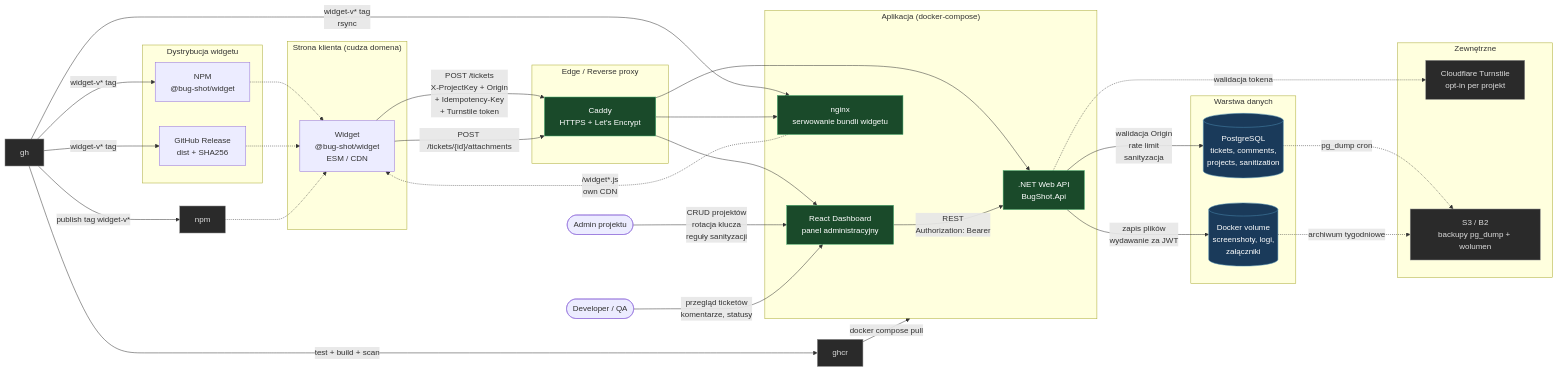
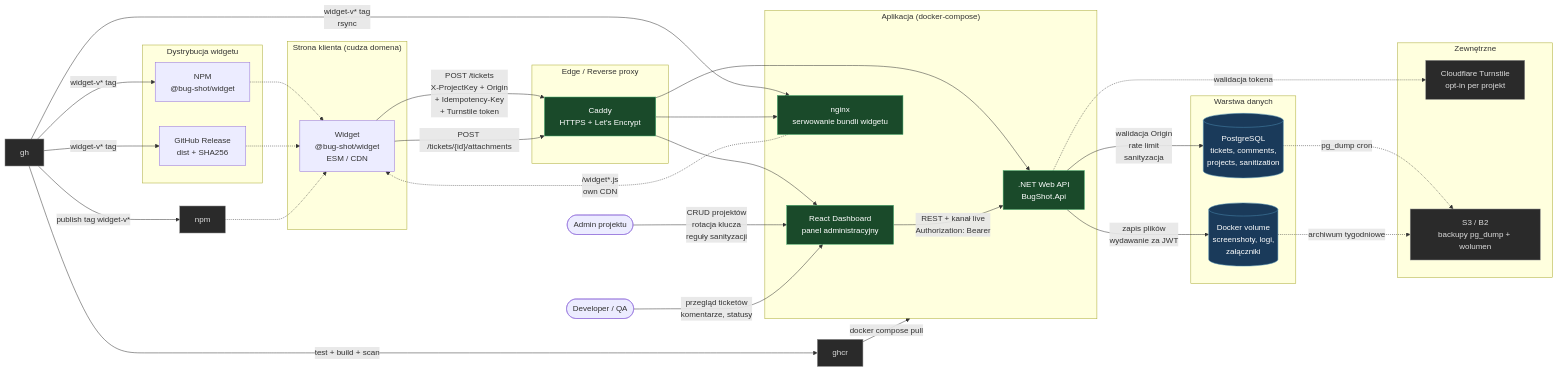
One commit to MarshallBjorn/bug-shot changed the diagram in README.md. Above: the diagram before and after it, drawn with Mermaid. The commit also changed other lines of this file and 2 other files, not shown here.

Commit message:
docs: describe cursor pagination and the live channel

````diff
--- a/README.md
+++ b/README.md
@@ -82,70 +84,70 @@
 ```mermaid
 flowchart LR
     subgraph client["Strona klienta (cudza domena)"]
         widget["Widget<br/>@bug-shot/widget<br/>ESM / CDN"]
     end
 
     subgraph edge["Edge / Reverse proxy"]
         caddy["Caddy<br/>HTTPS + Let's Encrypt"]
     end
 
     subgraph app["Aplikacja (docker-compose)"]
         api[".NET Web API<br/>BugShot.Api"]
         dashboard["React Dashboard<br/>panel administracyjny"]
         nginx["nginx<br/>serwowanie bundli widgetu"]
     end
 
     subgraph data["Warstwa danych"]
         pg[("PostgreSQL<br/>tickets, comments,<br/>projects, sanitization")]
         vol[("Docker volume<br/>screenshoty, logi,<br/>załączniki")]
     end
 
     subgraph external["Zewnętrzne"]
         turnstile["Cloudflare Turnstile<br/>opt-in per projekt"]
         s3["S3 / B2<br/>backupy pg_dump + wolumen"]
     end
 
     subgraph dist["Dystrybucja widgetu"]
         npm2["NPM<br/>@bug-shot/widget"]
         ghrel["GitHub Release<br/>dist + SHA256"]
     end
     
     nginx -. "/widget*.js<br/>own CDN" .-> widget
     npm2 -.-> widget
     ghrel -.-> widget
     gh -- "widget-v* tag" --> npm2
     gh -- "widget-v* tag" --> ghrel
     gh -- "widget-v* tag<br/>rsync" --> nginx
 
     dev(["Developer / QA"])
     admin(["Admin projektu"])
 
     widget -- "POST /tickets<br/>X-ProjectKey + Origin<br/>+ Idempotency-Key<br/>+ Turnstile token" --> caddy
     widget -- "POST /tickets/{id}/attachments" --> caddy
     caddy --> api
     caddy --> dashboard
     caddy --> nginx
 
     api -- "walidacja Origin<br/>rate limit<br/>sanityzacja" --> pg
     api -- "zapis plików<br/>wydawanie za JWT" --> vol
     api -. "walidacja tokena" .-> turnstile
 
     admin -- "CRUD projektów<br/>rotacja klucza<br/>reguły sanityzacji" --> dashboard
     dev -- "przegląd ticketów<br/>komentarze, statusy" --> dashboard
-    dashboard -- "REST<br/>Authorization: Bearer" --> api
+    dashboard -- "REST + kanał live<br/>Authorization: Bearer" --> api
 
     gh -- "test + build + scan" --> ghcr
     gh -- "publish tag widget-v*" --> npm
     ghcr -- "docker compose pull" --> app
     npm -.-> widget
 
     pg -. "pg_dump cron" .-> s3
     vol -. "archiwum tygodniowe" .-> s3
 
     classDef ext fill:#2a2a2a,stroke:#888,color:#ddd
     classDef data fill:#1a3a5a,stroke:#4a8ab0,color:#fff
     classDef app fill:#1a4a2a,stroke:#4ab070,color:#fff
     class turnstile,s3,ghcr,npm,gh ext
     class pg,vol data
     class api,dashboard,nginx,caddy app
 ```
````
